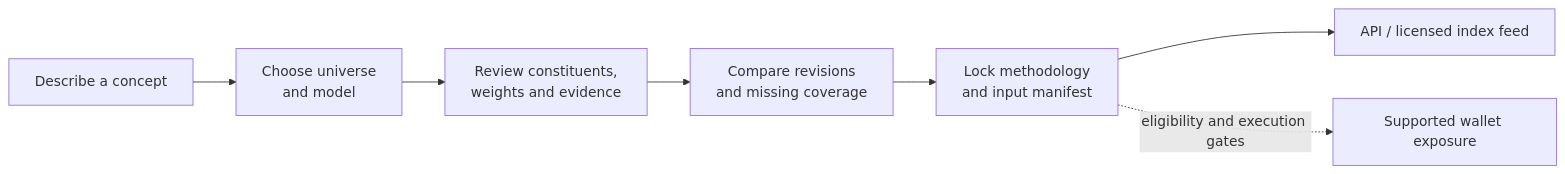
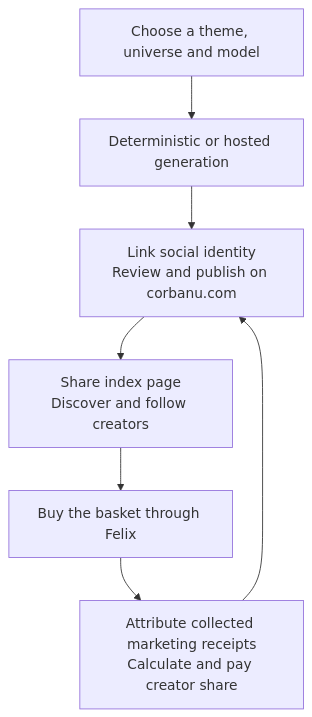
Before and after one commit to postfiatorg/postfiatorg.github.io: the second of 9 diagrams in content/research/ai-indexing-company.md, drawn with Mermaid. The commit also changed other lines of this file and 2 other files, not shown here.

Commit message:
Correct AIC proposal to retail execution and seven revenue streams

````diff
--- a/content/research/ai-indexing-company.md
+++ b/content/research/ai-indexing-company.md
@@ -135,9 +147,9 @@
 ```mermaid
-flowchart LR
-    Idea["Describe a concept"] --> Scope["Choose universe\nand model"]
-    Scope --> Preview["Review constituents,\nweights and evidence"]
-    Preview --> Compare["Compare revisions\nand missing coverage"]
-    Compare --> Lock["Lock methodology\nand input manifest"]
-    Lock --> API["API / licensed index feed"]
-    Lock -. eligibility and execution gates .-> Trade["Supported wallet exposure"]
+flowchart TB
+    Theme["Choose a theme, universe and model"] --> Mode["Deterministic or hosted generation"]
+    Mode --> Profile["Link social identity\nReview and publish on corbanu.com"]
+    Profile --> Share["Share index page\nDiscover and follow creators"]
+    Share --> Buy["Buy the basket through Felix"]
+    Buy --> Revenue["Attribute collected marketing receipts\nCalculate and pay creator share"]
+    Revenue --> Profile
 ```
````
